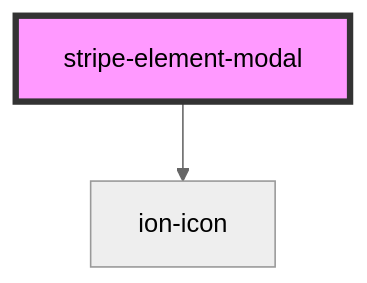
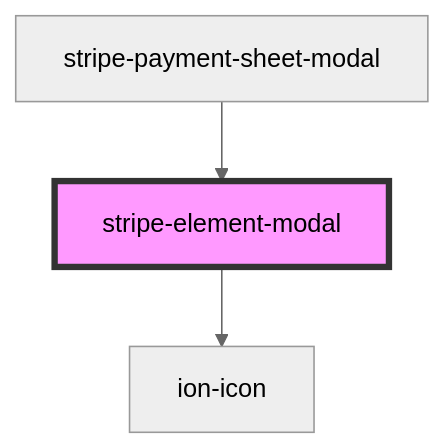
One commit to wpkyoto/stripe-pwa-elements changed the diagram in src/components/stripe-element-modal/readme.md. Above: the diagram before and after it, drawn with Mermaid (neutral theme). The commit also changed other lines of this file and 4 other files, not shown here.

````diff
--- a/src/components/stripe-element-modal/readme.md
+++ b/src/components/stripe-element-modal/readme.md
@@ -52,5 +65,6 @@
 ```mermaid
 graph TD;
   stripe-element-modal --> ion-icon
+  stripe-payment-sheet-modal --> stripe-element-modal
   style stripe-element-modal fill:#f9f,stroke:#333,stroke-width:4px
 ```
````
